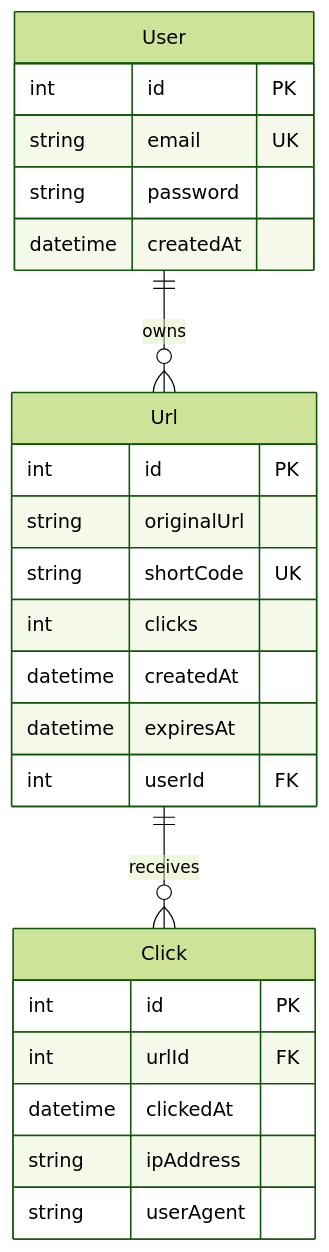
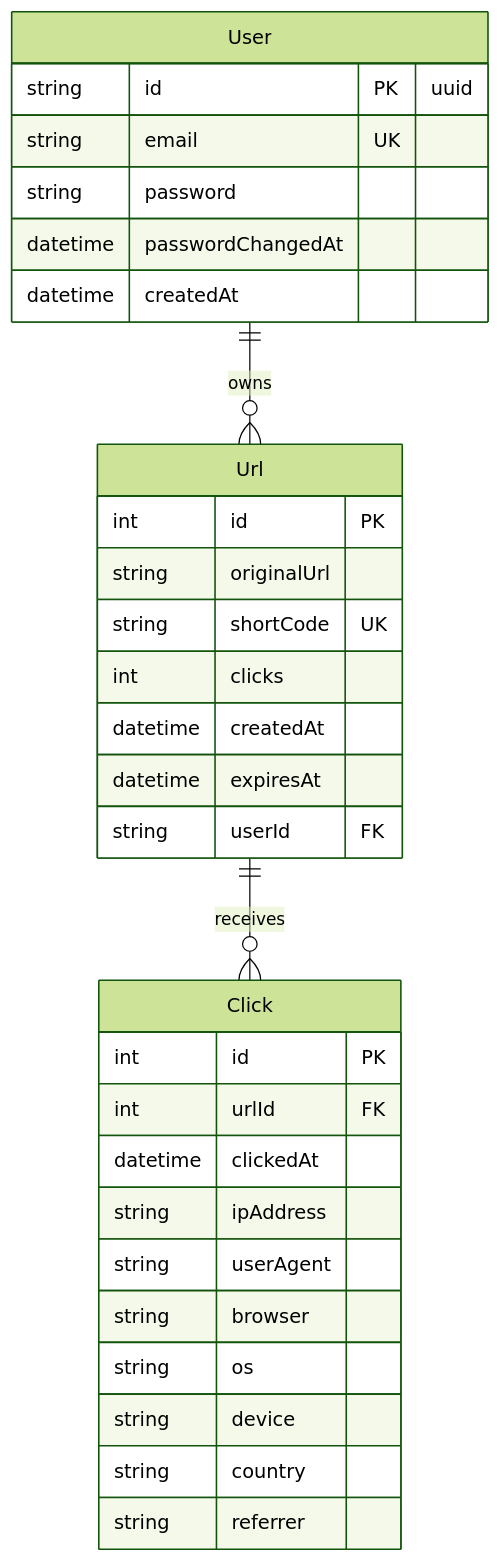
The third of 3 diagrams in README.md (deba608/url_shortner), drawn with Mermaid (forest theme) before and after one commit. The commit also changed 1 other file, not shown here.

Commit message:
feat: implement urlService with Redis caching and QR generation support

````diff
--- a/README.md
+++ b/README.md
@@ -87,27 +87,33 @@
 ```mermaid
 erDiagram
     User ||--o{ Url : owns
     Url  ||--o{ Click : receives
     User {
-        int id PK
+        string id PK "uuid"
         string email UK
         string password
+        datetime passwordChangedAt
         datetime createdAt
     }
     Url {
         int id PK
         string originalUrl
         string shortCode UK
         int clicks
         datetime createdAt
         datetime expiresAt
-        int userId FK
+        string userId FK
     }
     Click {
         int id PK
         int urlId FK
         datetime clickedAt
         string ipAddress
         string userAgent
+        string browser
+        string os
+        string device
+        string country
+        string referrer
     }
 ```
````
